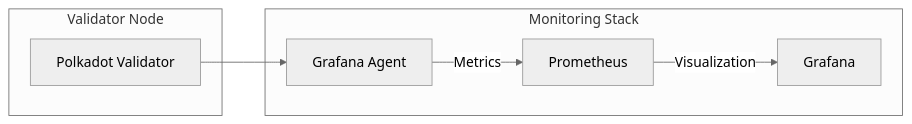
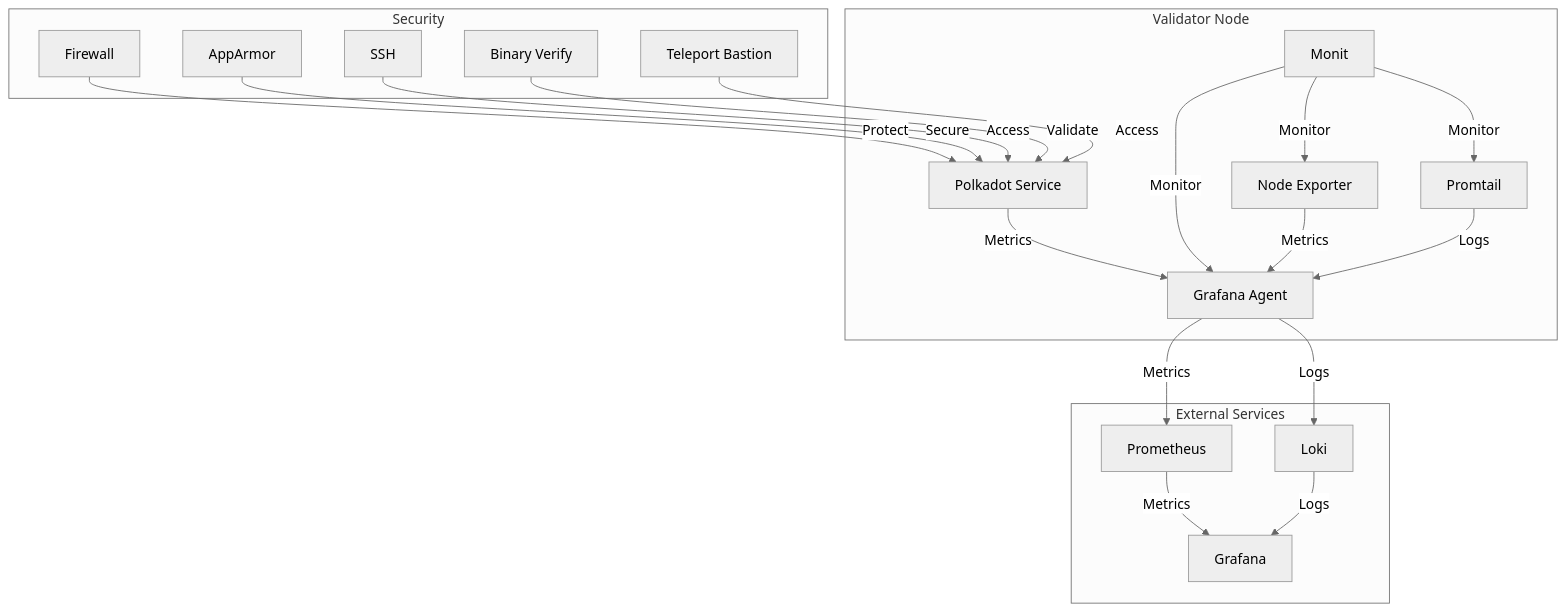
The first of 3 diagrams in roles/polkadot/README.md (pampatzoglou/provision-validators), drawn with Mermaid (neutral theme) before and after one commit. The commit also changed other lines of this file and 2 other files, not shown here.

````diff
--- a/roles/polkadot/README.md
+++ b/roles/polkadot/README.md
@@ -16,13 +7,40 @@
 ```mermaid
-graph LR
-    subgraph Monitoring Stack
-        A[Grafana Agent] --> |Metrics| B[Prometheus]
-        B --> |Visualization| C[Grafana]
+graph TD
+    subgraph Validator Node
+        A[Polkadot Service]
+        B[Node Exporter]
+        C[Grafana Agent]
+        D[Promtail]
+        M[Monit] --> |Monitor| C
+        M --> |Monitor| B
+        M --> |Monitor| D
     end
 
-    subgraph Validator Node
-        D[Polkadot Validator]
+    subgraph External Services
+        E[Prometheus]
+        F[Loki]
+        G[Grafana]
+        E --> |Metrics| G
+        F --> |Logs| G
+    end
+    
+    subgraph Security
+        H[Firewall]
+        I[AppArmor]
+        J[SSH]
+        K[Binary Verify]
+        L[Teleport Bastion]
     end
 
-    D --> A
+    A --> |Metrics| C
+    B --> |Metrics| C
+    D --> |Logs| C
+    C --> |Metrics| E
+    C --> |Logs| F
+
+    H --> |Protect| A
+    I --> |Secure| A
+    J --> |Access| A
+    K --> |Validate| A
+    L --> |Access| A
 ```
````
